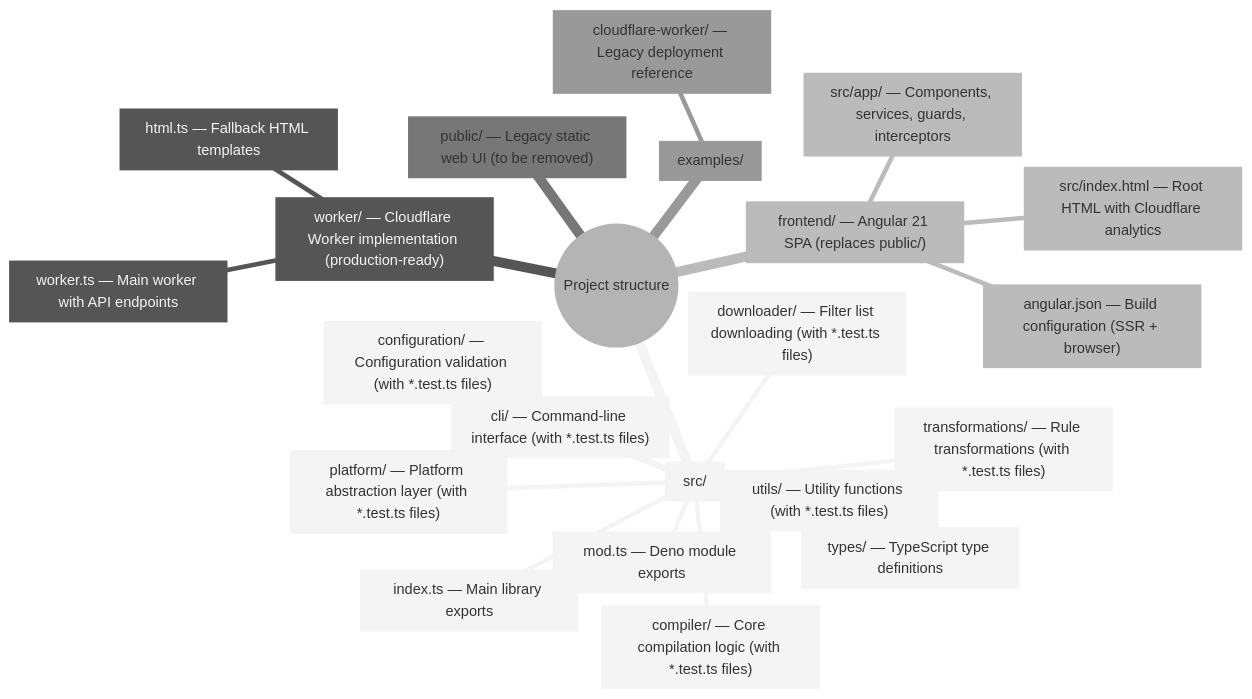
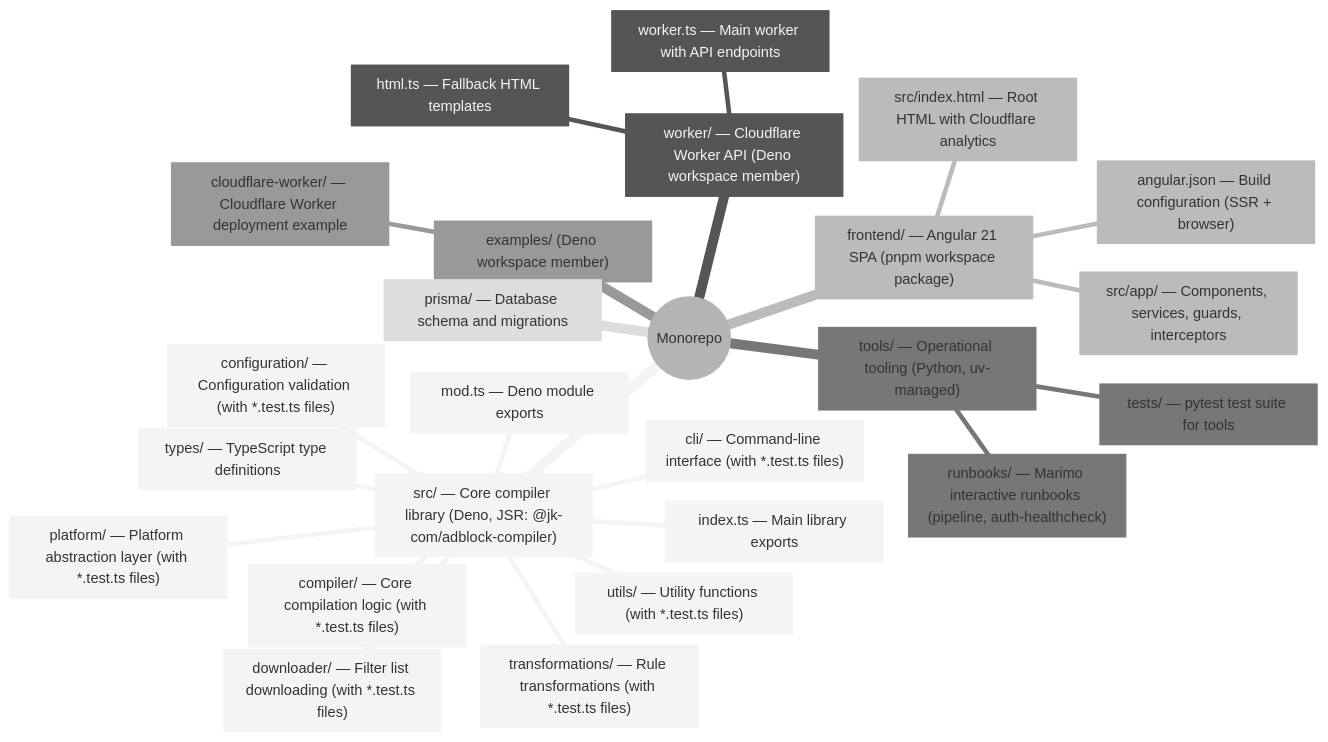
One commit to jaypatrick/adblock-compiler changed the diagram in README.md. Above: the diagram before and after it, drawn with Mermaid (neutral theme). The commit also changed other lines of this file and 11 other files, not shown here.

First line of the commit message:
feat(monorepo): officially configure as monorepo with uv/ruff/ty Python toolchain

````diff
--- a/README.md
+++ b/README.md
@@ -346,25 +347,28 @@
 ```mermaid
 mindmap
-  root((Project structure))
-    src["src/"]
+  root((Monorepo))
+    src["src/ — Core compiler library (Deno, JSR: @jk-com/adblock-compiler)"]
       cli["cli/ — Command-line interface (with *.test.ts files)"]
       compiler["compiler/ — Core compilation logic (with *.test.ts files)"]
       configuration["configuration/ — Configuration validation (with *.test.ts files)"]
       downloader["downloader/ — Filter list downloading (with *.test.ts files)"]
       platform["platform/ — Platform abstraction layer (with *.test.ts files)"]
       transformations["transformations/ — Rule transformations (with *.test.ts files)"]
       types["types/ — TypeScript type definitions"]
       utils["utils/ — Utility functions (with *.test.ts files)"]
       indexTs["index.ts — Main library exports"]
       modTs["mod.ts — Deno module exports"]
-    worker["worker/ — Cloudflare Worker implementation (production-ready)"]
+    worker["worker/ — Cloudflare Worker API (Deno workspace member)"]
       workerTs["worker.ts — Main worker with API endpoints"]
       htmlTs["html.ts — Fallback HTML templates"]
-    frontend["frontend/ — Angular 21 SPA (replaces public/)"]
+    frontend["frontend/ — Angular 21 SPA (pnpm workspace package)"]
       app["src/app/ — Components, services, guards, interceptors"]
       indexHtml["src/index.html — Root HTML with Cloudflare analytics"]
       angularJson["angular.json — Build configuration (SSR + browser)"]
-    public["public/ — Legacy static web UI (to be removed)"]
-    examples["examples/"]
-      cloudflareWorker["cloudflare-worker/ — Legacy deployment reference"]
+    tools["tools/ — Operational tooling (Python, uv-managed)"]
+      runbooks["runbooks/ — Marimo interactive runbooks (pipeline, auth-healthcheck)"]
+      tests["tests/ — pytest test suite for tools"]
+    examples["examples/ (Deno workspace member)"]
+      cloudflareWorker["cloudflare-worker/ — Cloudflare Worker deployment example"]
+    prisma["prisma/ — Database schema and migrations"]
 ```
````
